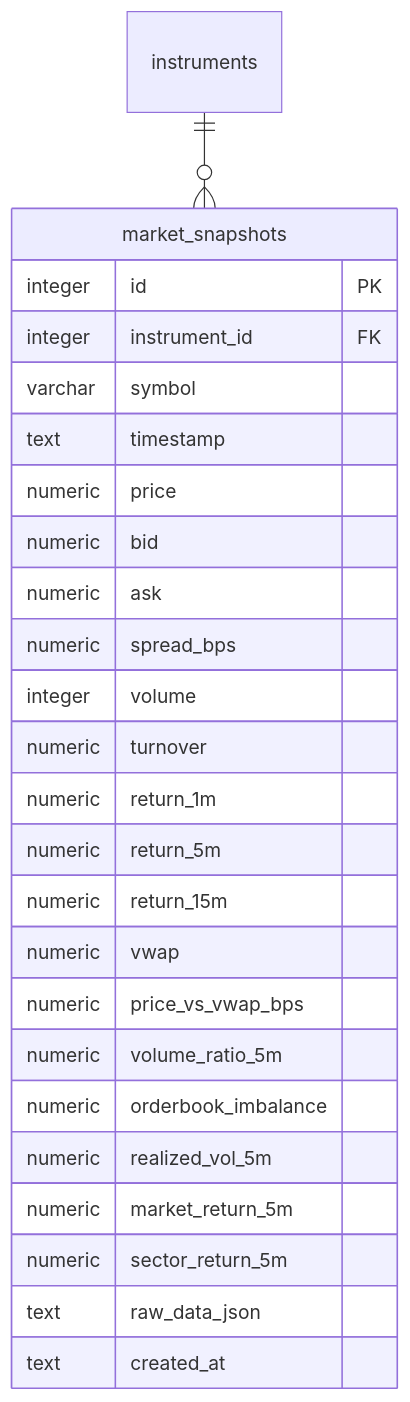
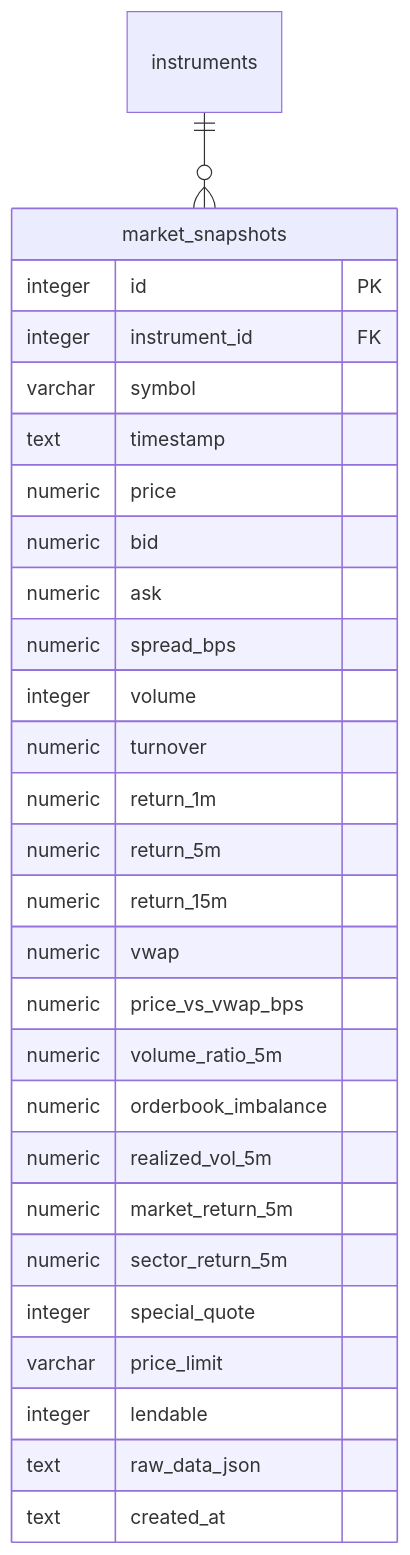
One commit to ousiassllc/pitha-trador changed the second of 4 diagrams in docs/architecture/er/tables-market.md. Above: the diagram before and after it, drawn with Mermaid. The commit also changed other lines of this file and 31 other files, not shown here.

````diff
--- a/docs/architecture/er/tables-market.md
+++ b/docs/architecture/er/tables-market.md
@@ -44,28 +44,31 @@
 ```mermaid
 erDiagram
     instruments ||--o{ market_snapshots : ""
     market_snapshots {
         integer id PK
         integer instrument_id FK
         varchar symbol
         text timestamp
         numeric price
         numeric bid
         numeric ask
         numeric spread_bps
         integer volume
         numeric turnover
         numeric return_1m
         numeric return_5m
         numeric return_15m
         numeric vwap
         numeric price_vs_vwap_bps
         numeric volume_ratio_5m
         numeric orderbook_imbalance
         numeric realized_vol_5m
         numeric market_return_5m
         numeric sector_return_5m
+        integer special_quote
+        varchar price_limit
+        integer lendable
         text raw_data_json
         text created_at
     }
 ```
````
